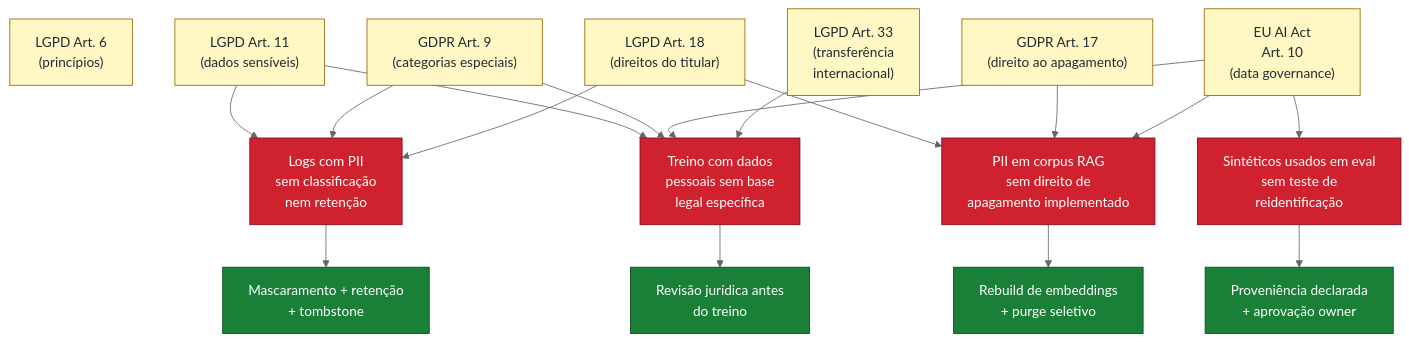
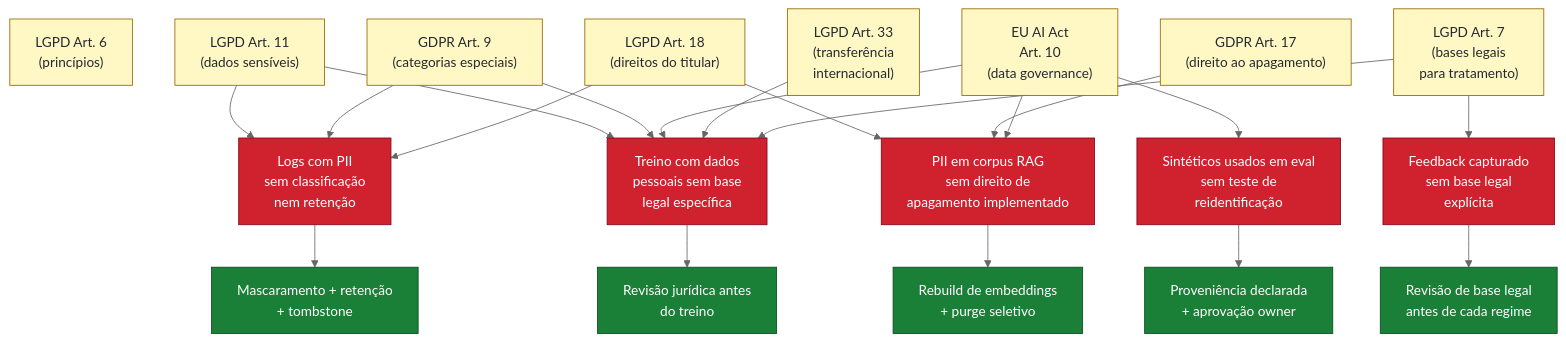
The third of 3 diagrams in diagramas/06-regimes-dados.md (EdneiMonteiro/ai-coe-playbook), drawn with Mermaid (neutral theme) before and after one commit. The commit also changed other lines of this file and 4 other files, not shown here.

````diff
--- a/diagramas/06-regimes-dados.md
+++ b/diagramas/06-regimes-dados.md
@@ -91,36 +99,41 @@
 ```mermaid
 flowchart TD
     classDef reg fill:#fff8c5,stroke:#9a6700,color:#24292f
     classDef risk fill:#cf222e,stroke:#82071e,color:#fff
     classDef ctl fill:#1a7f37,stroke:#0a4d20,color:#fff
 
     R1["LGPD Art. 6<br/>(princípios)"]:::reg
     R2["LGPD Art. 11<br/>(dados sensíveis)"]:::reg
     R3["LGPD Art. 18<br/>(direitos do titular)"]:::reg
     R4["LGPD Art. 33<br/>(transferência<br/>internacional)"]:::reg
     R5["GDPR Art. 17<br/>(direito ao apagamento)"]:::reg
     R6["GDPR Art. 9<br/>(categorias especiais)"]:::reg
     R7["EU AI Act<br/>Art. 10<br/>(data governance)"]:::reg
+    R8["LGPD Art. 7<br/>(bases legais<br/>para tratamento)"]:::reg
 
     AP1["PII em corpus RAG<br/>sem direito de<br/>apagamento implementado"]:::risk
     AP2["Logs com PII<br/>sem classificação<br/>nem retenção"]:::risk
     AP3["Sintéticos usados em eval<br/>sem teste de<br/>reidentificação"]:::risk
     AP4["Treino com dados<br/>pessoais sem base<br/>legal específica"]:::risk
+    AP5["Feedback capturado<br/>sem base legal<br/>explícita"]:::risk
 
     C1["Rebuild de embeddings<br/>+ purge seletivo"]:::ctl
     C2["Mascaramento + retenção<br/>+ tombstone"]:::ctl
     C3["Proveniência declarada<br/>+ aprovação owner"]:::ctl
     C4["Revisão jurídica antes<br/>do treino"]:::ctl
+    C5["Revisão de base legal<br/>antes de cada regime"]:::ctl
 
     R3 --> AP1 --> C1
     R5 --> AP1
     R7 --> AP1
     R2 --> AP2 --> C2
     R6 --> AP2
     R3 --> AP2
     R7 --> AP3 --> C3
     R2 --> AP4 --> C4
     R6 --> AP4
     R7 --> AP4
     R4 --> AP4
+    R8 --> AP4
+    R8 --> AP5 --> C5
 ```
````
